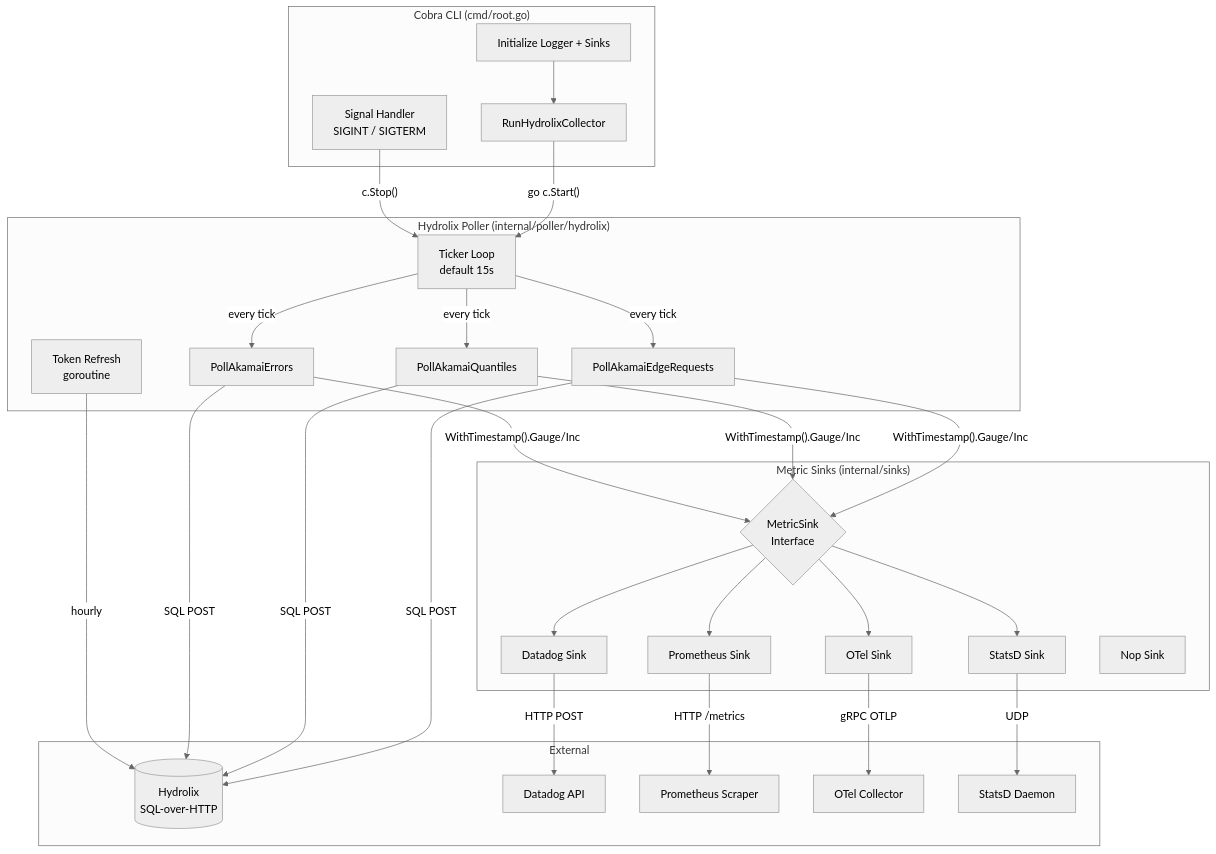
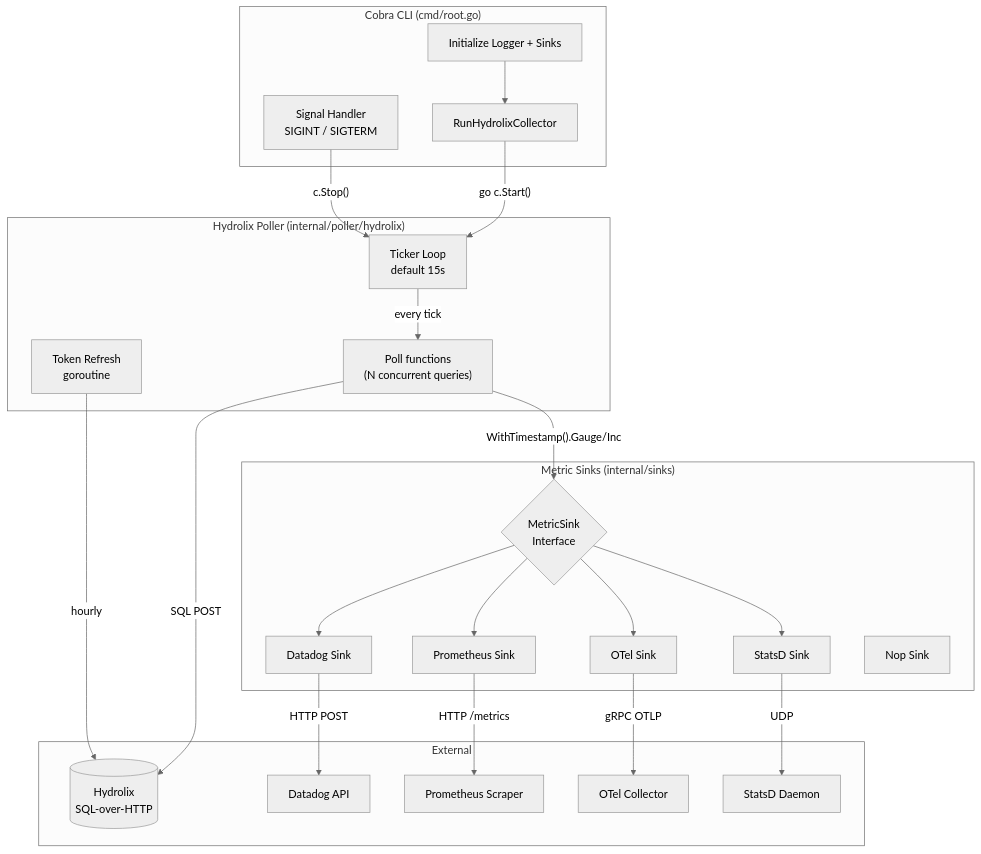
Before and after one commit to mercereau/hydrolix-metrics-go: the first of 5 diagrams in ARCHITECTURE.md, drawn with Mermaid (neutral theme). The commit also changed other lines of this file and 1 other file, not shown here.

````diff
--- a/ARCHITECTURE.md
+++ b/ARCHITECTURE.md
@@ -7,49 +7,47 @@
 ```mermaid
 flowchart TB
     subgraph External
         HDX[(Hydrolix<br/>SQL-over-HTTP)]
         DD[Datadog API]
         PROM_SC[Prometheus Scraper]
         OTEL_COL[OTel Collector]
         STATSD[StatsD Daemon]
     end
 
     subgraph CLI["Cobra CLI (cmd/root.go)"]
         INIT[Initialize Logger + Sinks]
         RUN[RunHydrolixCollector]
         SIG[Signal Handler<br/>SIGINT / SIGTERM]
     end
 
     subgraph Poller["Hydrolix Poller (internal/poller/hydrolix)"]
         TICKER[Ticker Loop<br/>default 15s]
-        Q1[PollAkamaiEdgeRequests]
-        Q2[PollAkamaiQuantiles]
-        Q3[PollAkamaiErrors]
+        QN["Poll functions<br/>(N concurrent queries)"]
         TOKEN[Token Refresh<br/>goroutine]
     end
 
     subgraph Sinks["Metric Sinks (internal/sinks)"]
         IF{MetricSink<br/>Interface}
         DS[Datadog Sink]
         PS[Prometheus Sink]
         OS[OTel Sink]
         SS[StatsD Sink]
         NOP[Nop Sink]
     end
 
     INIT --> RUN
     RUN -->|"go c.Start()"| TICKER
     SIG -->|"c.Stop()"| TICKER
 
-    TICKER -->|"every tick"| Q1 & Q2 & Q3
-    Q1 & Q2 & Q3 -->|SQL POST| HDX
-    Q1 & Q2 & Q3 -->|"WithTimestamp().Gauge/Inc"| IF
+    TICKER -->|"every tick"| QN
+    QN -->|SQL POST| HDX
+    QN -->|"WithTimestamp().Gauge/Inc"| IF
 
     TOKEN -->|"hourly"| HDX
 
     IF --> DS & PS & OS & SS
     DS -->|"HTTP POST"| DD
     PS -->|"HTTP /metrics"| PROM_SC
     OS -->|"gRPC OTLP"| OTEL_COL
     SS -->|"UDP"| STATSD
 ```
````
